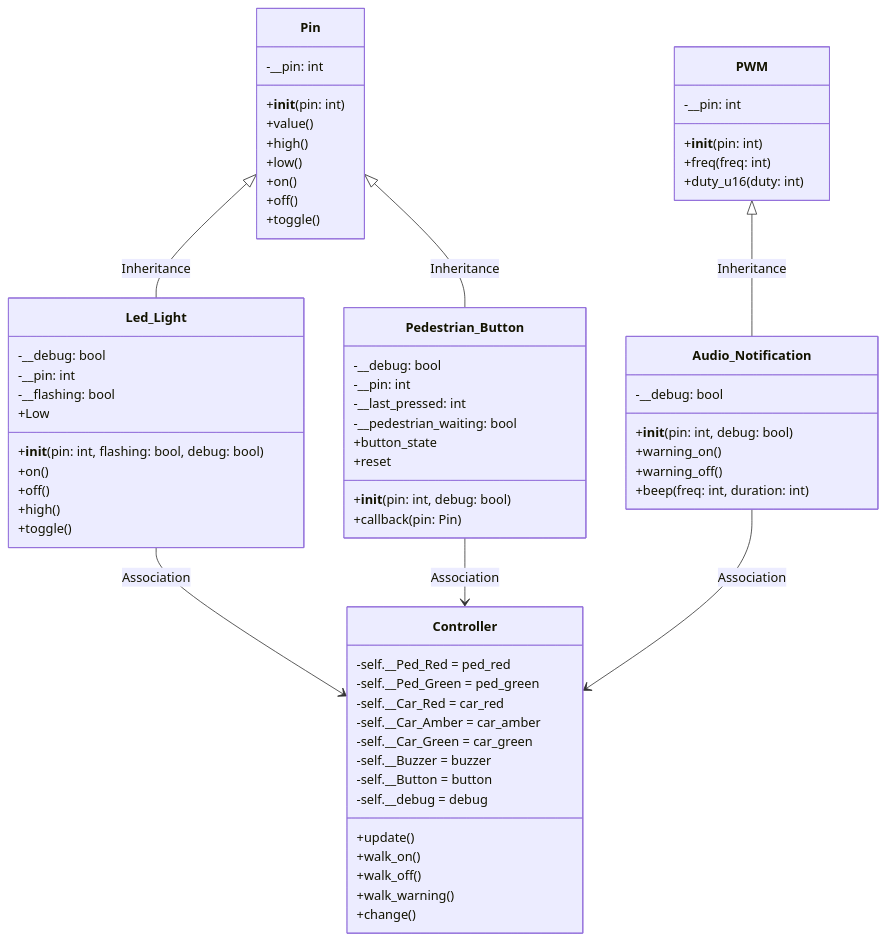
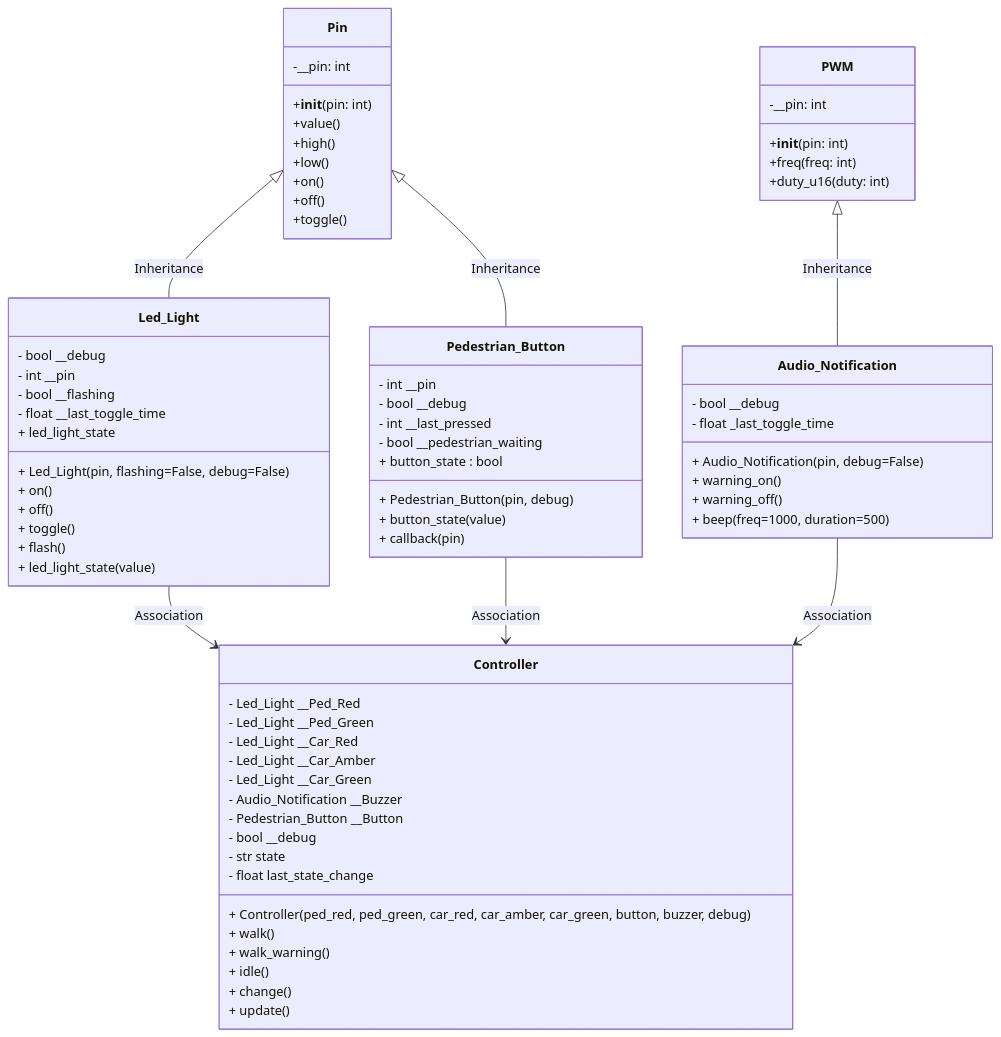
The second of 2 diagrams in tutorials/Lecture6.md (TempeHS/MicroPython_OOP_Pi_Pico_Mini_Project_Source), drawn with Mermaid before and after one commit. The commit also changed 5 other files, not shown here.

Commit message:
improve UML

````diff
--- a/tutorials/Lecture6.md
+++ b/tutorials/Lecture6.md
@@ -68,74 +68,80 @@
 ```mermaid
 classDiagram
     class Pin {
         -__pin: int
         +__init__(pin: int)
         +value()
         +high()
         +low()
         +on()
         +off()
         +toggle()
     }
 
     class PWM {
         -__pin: int
         +__init__(pin: int)
         +freq(freq: int)
         +duty_u16(duty: int)
     }
 
     class Audio_Notification {
-        -__debug: bool
-        +__init__(pin: int, debug: bool)
-        +warning_on()
-        +warning_off()
-        +beep(freq: int, duration: int)
+        - bool __debug
+        - float _last_toggle_time
+        + Audio_Notification(pin, debug=False)
+        + warning_on()
+        + warning_off()
+        + beep(freq=1000, duration=500)
     }
     PWM <|-- Audio_Notification : Inheritance
 
     class Led_Light {
-        -__debug: bool
-        -__pin: int
-        -__flashing: bool
-        +__init__(pin: int, flashing: bool, debug: bool)
-        +on()
-        +off()
-        +high()
-        +Low
-        +toggle()
+        - bool __debug
+        - int __pin
+        - bool __flashing
+        - float __last_toggle_time
+        + Led_Light(pin, flashing=False, debug=False)
+        + on()
+        + off()
+        + toggle()
+        + flash()
+        + led_light_state
+        + led_light_state(value)
     }
     Pin <|-- Led_Light : Inheritance
 
     class Pedestrian_Button {
-        -__debug: bool
-        -__pin: int
-        -__last_pressed: int
-        -__pedestrian_waiting: bool
-        +__init__(pin: int, debug: bool)
-        +callback(pin: Pin)
-        +button_state
-        +reset
+        - int __pin
+        - bool __debug
+        - int __last_pressed
+        - bool __pedestrian_waiting
+        + Pedestrian_Button(pin, debug)
+        + button_state : bool
+        + button_state(value)
+        + callback(pin)
     }
     Pin <|-- Pedestrian_Button : Inheritance
 
     class Controller {
-        -self.__Ped_Red = ped_red
-        -self.__Ped_Green = ped_green
-        -self.__Car_Red = car_red
-        -self.__Car_Amber = car_amber
-        -self.__Car_Green = car_green
-        -self.__Buzzer = buzzer
-        -self.__Button = button
-        -self.__debug = debug
-        +update()
-        +walk_on()
-        +walk_off()
-        +walk_warning()
-        +change()
+        - Led_Light __Ped_Red
+        - Led_Light __Ped_Green
+        - Led_Light __Car_Red
+        - Led_Light __Car_Amber
+        - Led_Light __Car_Green
+        - Audio_Notification __Buzzer
+        - Pedestrian_Button __Button
+        - bool __debug
+        - str state
+        - float last_state_change
+        + Controller(ped_red, ped_green, car_red, car_amber, car_green, button, buzzer, debug)
+        + walk()
+        + walk_warning()
+        + idle()
+        + change()
+        + update()
     }
 
     Led_Light --> Controller: Association
     Pedestrian_Button --> Controller : Association
     Audio_Notification  --> Controller: Association
 ```
````
